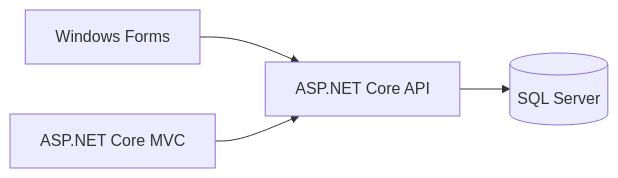
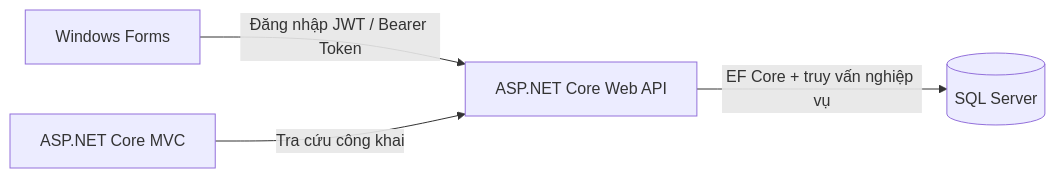
The diagram in Documents/Architecture.md (vothuanthien/SGU_nnltCSharp_group7), drawn with Mermaid before and after one commit. The commit also changed other lines of this file and 2 other files, not shown here.

Commit message:
Cập nhật tài liệu kiến trúc, trạng thái triển khai và hướng dẫn bổ sung chức năng

````diff
--- a/Documents/Architecture.md
+++ b/Documents/Architecture.md
@@ -3,6 +3,6 @@
 ```mermaid
 flowchart LR
-  Desk[Windows Forms] --> API[ASP.NET Core API]
-  Web[ASP.NET Core MVC] --> API
-  API --> SQL[(SQL Server)]
+  Desk[Windows Forms] -->|Đăng nhập JWT / Bearer Token| API[ASP.NET Core Web API]
+  Web[ASP.NET Core MVC] -->|Tra cứu công khai| API
+  API -->|EF Core + truy vấn nghiệp vụ| SQL[(SQL Server)]
 ```
````
